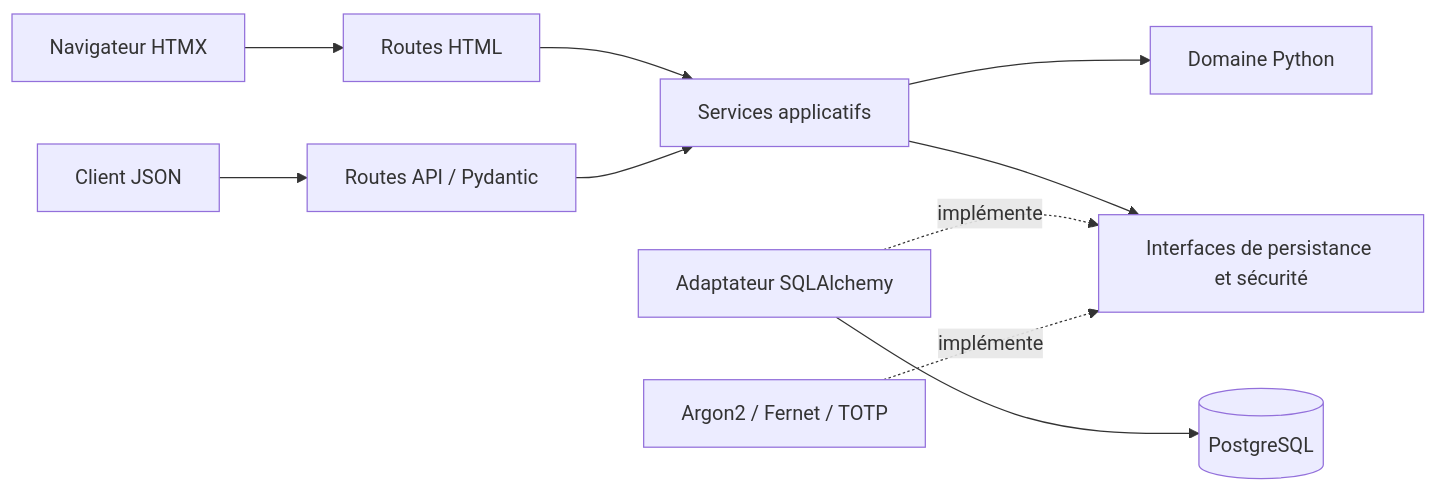
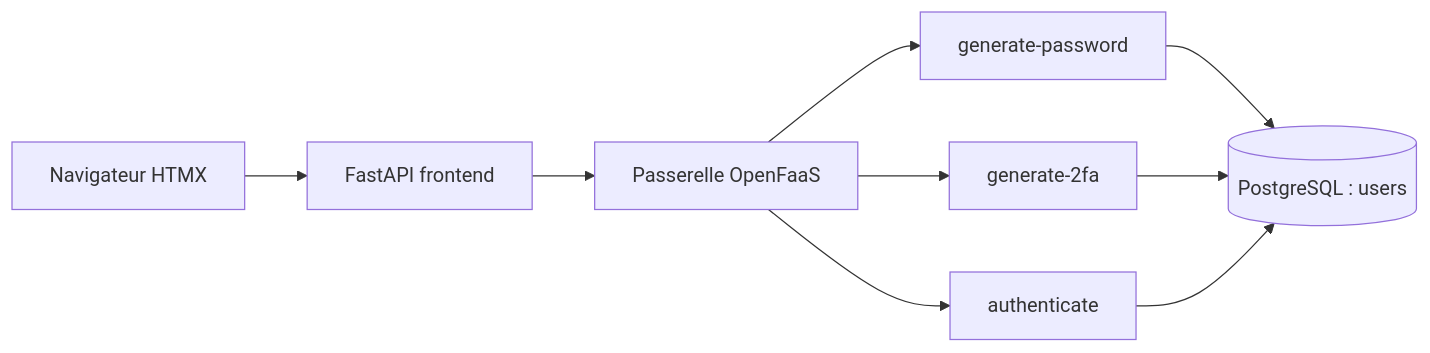
The first of 2 diagrams in docs/architecture.md (COFRAP/cofrap), drawn with Mermaid before and after one commit. The commit also changed other lines of this file and 67 other files, not shown here.

Commit message:
Réorganise le backend en trois fonctions OpenFaaS

````diff
--- a/docs/architecture.md
+++ b/docs/architecture.md
@@ -5,12 +5,11 @@
 ```mermaid
 flowchart LR
-    Browser[Navigateur HTMX] --> HTML[Routes HTML]
-    Client[Client JSON] --> API[Routes API / Pydantic]
-    HTML --> App[Services applicatifs]
-    API --> App
-    App --> Domain[Domaine Python]
-    App --> Ports[Interfaces de persistance et sécurité]
-    SQL[Adaptateur SQLAlchemy] -. implémente .-> Ports
-    Crypto[Argon2 / Fernet / TOTP] -. implémente .-> Ports
-    SQL --> DB[(PostgreSQL)]
+    Browser[Navigateur HTMX] --> Frontend[FastAPI frontend]
+    Frontend --> Gateway[Passerelle OpenFaaS]
+    Gateway --> Password[generate-password]
+    Gateway --> Totp[generate-2fa]
+    Gateway --> Auth[authenticate]
+    Password --> DB[(PostgreSQL : users)]
+    Totp --> DB
+    Auth --> DB
 ```
````
